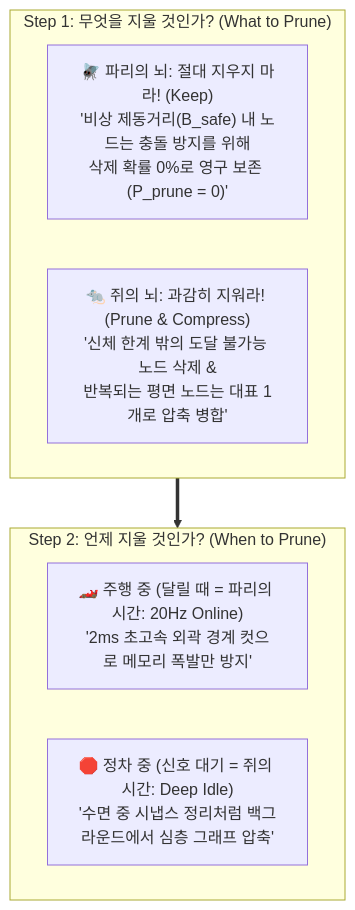
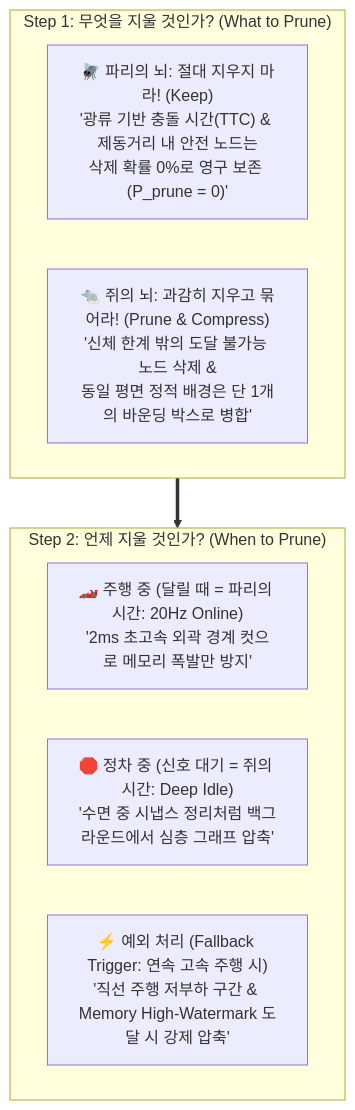
One commit to CGV-HGU/isaac-go2-ros2 changed the first of 3 diagrams in docs/BIO_INSPIRED_DAMP_STRATEGY.md. Above: the diagram before and after it, drawn with Mermaid. The commit also changed other lines of this file, not shown here.

Commit message:
docs: upgrade bio-inspired DAMP strategy with optical flow TTC and fallback triggers

````diff
--- a/docs/BIO_INSPIRED_DAMP_STRATEGY.md
+++ b/docs/BIO_INSPIRED_DAMP_STRATEGY.md
@@ -49,14 +51,15 @@
 ```mermaid
 flowchart TD
     subgraph Step1 ["Step 1: 무엇을 지울 것인가? (What to Prune)"]
-        S1_FLY["🪰 파리의 뇌: 절대 지우지 마라! (Keep)\n'비상 제동거리(B_safe) 내 노드는 충돌 방지를 위해\n삭제 확률 0%로 영구 보존 (P_prune = 0)'"]
-        S1_RAT["🐀 쥐의 뇌: 과감히 지워라! (Prune & Compress)\n'신체 한계 밖의 도달 불가능 노드 삭제 &\n반복되는 평면 노드는 대표 1개로 압축 병합'"]
+        S1_FLY["🪰 파리의 뇌: 절대 지우지 마라! (Keep)\n'광류 기반 충돌 시간(TTC) & 제동거리 내 안전 노드는\n삭제 확률 0%로 영구 보존 (P_prune = 0)'"]
+        S1_RAT["🐀 쥐의 뇌: 과감히 지우고 묶어라! (Prune & Compress)\n'신체 한계 밖의 도달 불가능 노드 삭제 &\n동일 평면 정적 배경은 단 1개의 바운딩 박스로 병합'"]
     end
 
     subgraph Step2 ["Step 2: 언제 지울 것인가? (When to Prune)"]
         S2_FLY["🏎️ 주행 중 (달릴 때 = 파리의 시간: 20Hz Online)\n'2ms 초고속 외곽 경계 컷으로 메모리 폭발만 방지'"]
         S2_RAT["🛑 정차 중 (신호 대기 = 쥐의 시간: Deep Idle)\n'수면 중 시냅스 정리처럼 백그라운드에서 심층 그래프 압축'"]
+        S2_FALLBACK["⚡ 예외 처리 (Fallback Trigger: 연속 고속 주행 시)\n'직선 주행 저부하 구간 & Memory High-Watermark 도달 시 강제 압축'"]
     end
 
     Step1 ==> Step2
 ```
````
